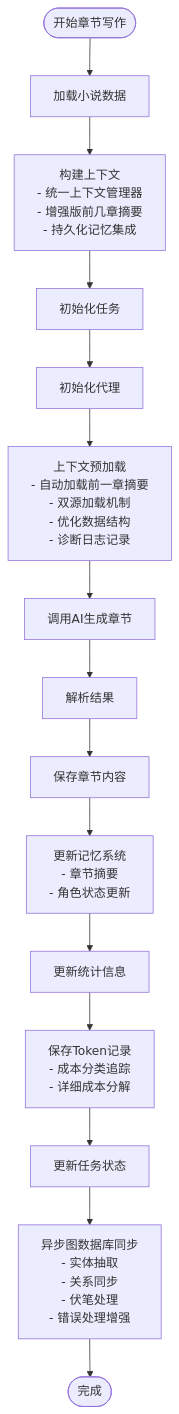
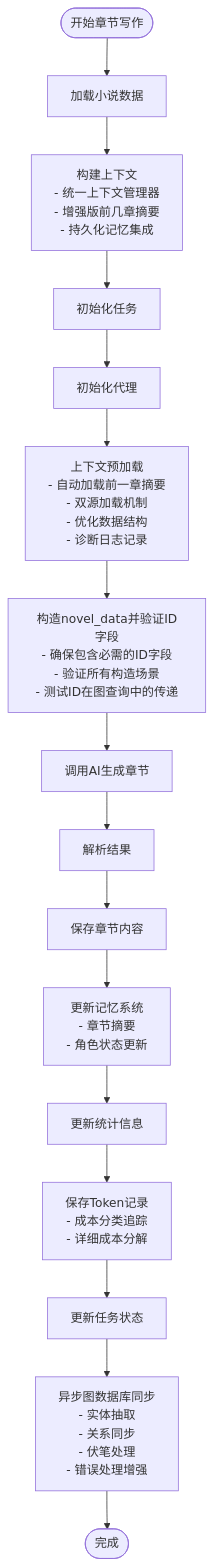
Diagram 12 of 29 in .qoder/repowiki/zh/content/Generation Service.md (xfbyxq/ai-novel-system), drawn with Mermaid before and after one commit. The commit also changed other lines of this file and 8 other files, not shown here.

````diff
--- a/.qoder/repowiki/zh/content/Generation Service.md
+++ b/.qoder/repowiki/zh/content/Generation Service.md
@@ -682,17 +746,18 @@
 ```mermaid
 flowchart TD
 Start([开始章节写作]) --> LoadData["加载小说数据"]
 LoadData --> BuildContext["构建上下文<br/>- 统一上下文管理器<br/>- 增强版前几章摘要<br/>- 持久化记忆集成"]
 BuildContext --> InitTask["初始化任务"]
 InitTask --> InitAgent["初始化代理"]
 InitAgent --> PreloadContext["上下文预加载<br/>- 自动加载前一章摘要<br/>- 双源加载机制<br/>- 优化数据结构<br/>- 诊断日志记录"]
-PreloadContext --> CallLLM["调用AI生成章节"]
+PreloadContext --> ConstructNovelData["构造novel_data并验证ID字段<br/>- 确保包含必需的ID字段<br/>- 验证所有构造场景<br/>- 测试ID在图查询中的传递"]
+ConstructNovelData --> CallLLM["调用AI生成章节"]
 CallLLM --> ParseResult["解析结果"]
 ParseResult --> SaveChapter["保存章节内容"]
 SaveChapter --> UpdateMemory["更新记忆系统<br/>- 章节摘要<br/>- 角色状态更新"]
 UpdateMemory --> UpdateStats["更新统计信息"]
 UpdateStats --> SaveTokens["保存Token记录<br/>- 成本分类追踪<br/>- 详细成本分解"]
 SaveTokens --> UpdateTask["更新任务状态"]
 UpdateTask --> GraphSync["异步图数据库同步<br/>- 实体抽取<br/>- 关系同步<br/>- 伏笔处理<br/>- 错误处理增强"]
 GraphSync --> End([完成])
 ```
````
